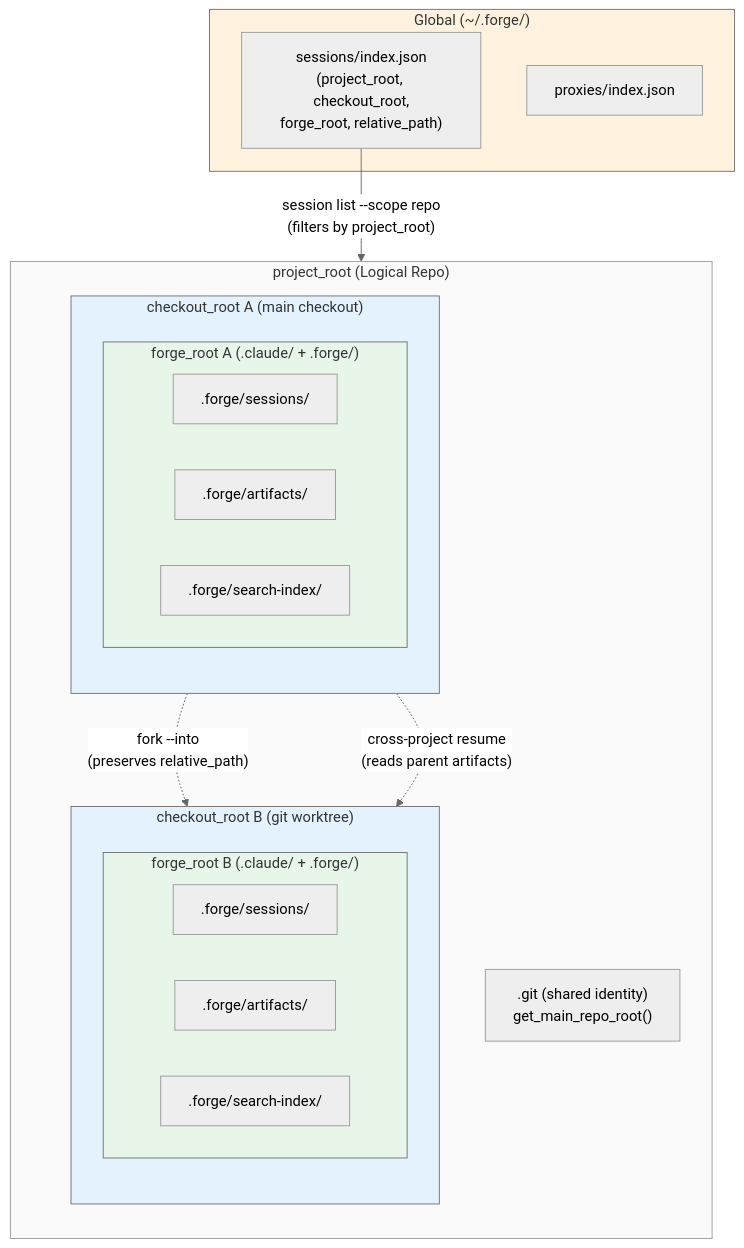
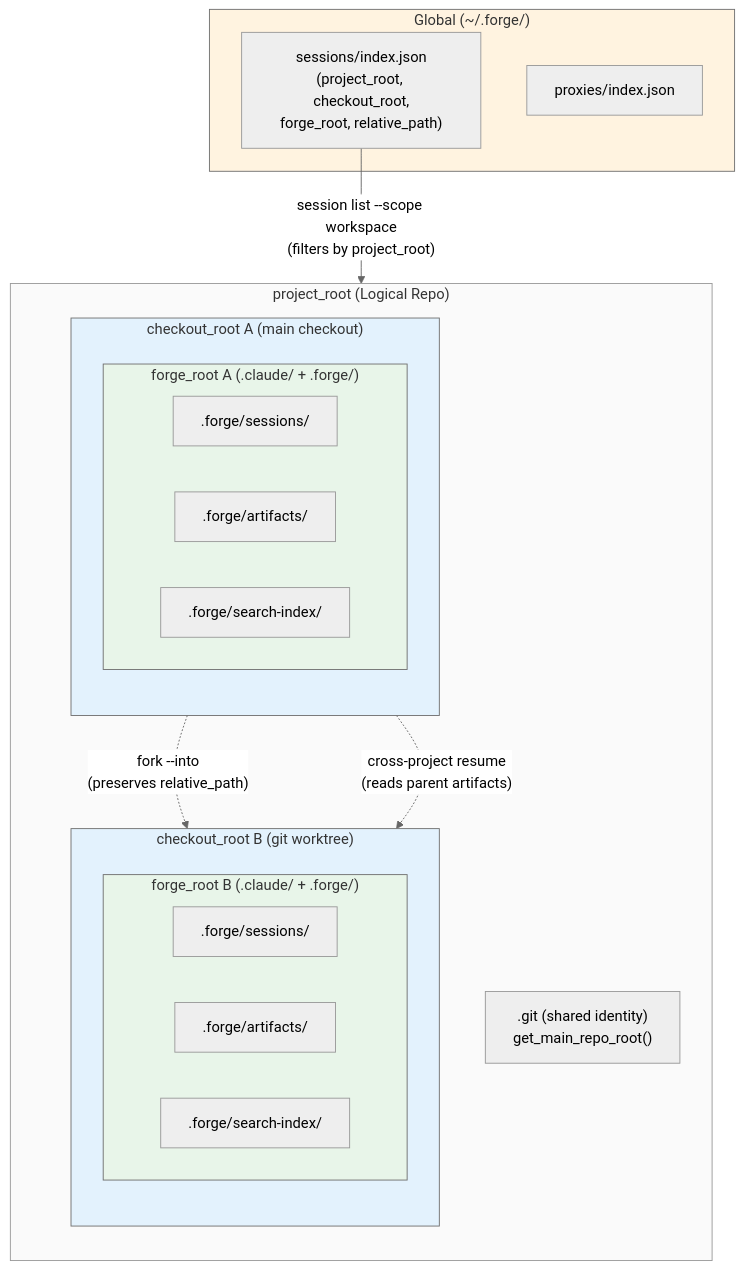
One commit to hapa1i/multi-forge changed the tenth of 10 diagrams in docs/diagrams.md. Above: the diagram before and after it, drawn with Mermaid (neutral theme). The commit also changed other lines of this file and 25 other files, not shown here.

First line of the commit message:
Workspace scope: --scope rename, project_root grouping fix, doc corrections (#20)

````diff
--- a/docs/diagrams.md
+++ b/docs/diagrams.md
@@ -407,41 +407,41 @@
 ```mermaid
 flowchart TB
     subgraph LogicalRepo["project_root (Logical Repo)"]
         direction TB
         Git[".git (shared identity)<br/>get_main_repo_root()"]
 
         subgraph CheckoutA["checkout_root A (main checkout)"]
             direction TB
             subgraph ForgeA["forge_root A (.claude/ + .forge/)"]
                 Sessions_A[".forge/sessions/"]
                 Artifacts_A[".forge/artifacts/"]
                 Search_A[".forge/search-index/"]
             end
         end
 
         subgraph CheckoutB["checkout_root B (git worktree)"]
             direction TB
             subgraph ForgeB["forge_root B (.claude/ + .forge/)"]
                 Sessions_B[".forge/sessions/"]
                 Artifacts_B[".forge/artifacts/"]
                 Search_B[".forge/search-index/"]
             end
         end
     end
 
     subgraph GlobalState["Global (~/.forge/)"]
         Index["sessions/index.json<br/>(project_root, checkout_root,<br/>forge_root, relative_path)"]
         Proxies["proxies/index.json"]
     end
 
     ForgeA -.->|"fork --into<br/>(preserves relative_path)"| ForgeB
     ForgeA -.->|"cross-project resume<br/>(reads parent artifacts)"| ForgeB
-    Index -->|"session list --scope repo<br/>(filters by project_root)"| LogicalRepo
+    Index -->|"session list --scope workspace<br/>(filters by project_root)"| LogicalRepo
 
     style LogicalRepo fill:#fafafa,stroke:#999
     style CheckoutA fill:#e3f2fd
     style CheckoutB fill:#e3f2fd
     style ForgeA fill:#e8f5e9
     style ForgeB fill:#e8f5e9
     style GlobalState fill:#fff3e0
 ```
````
